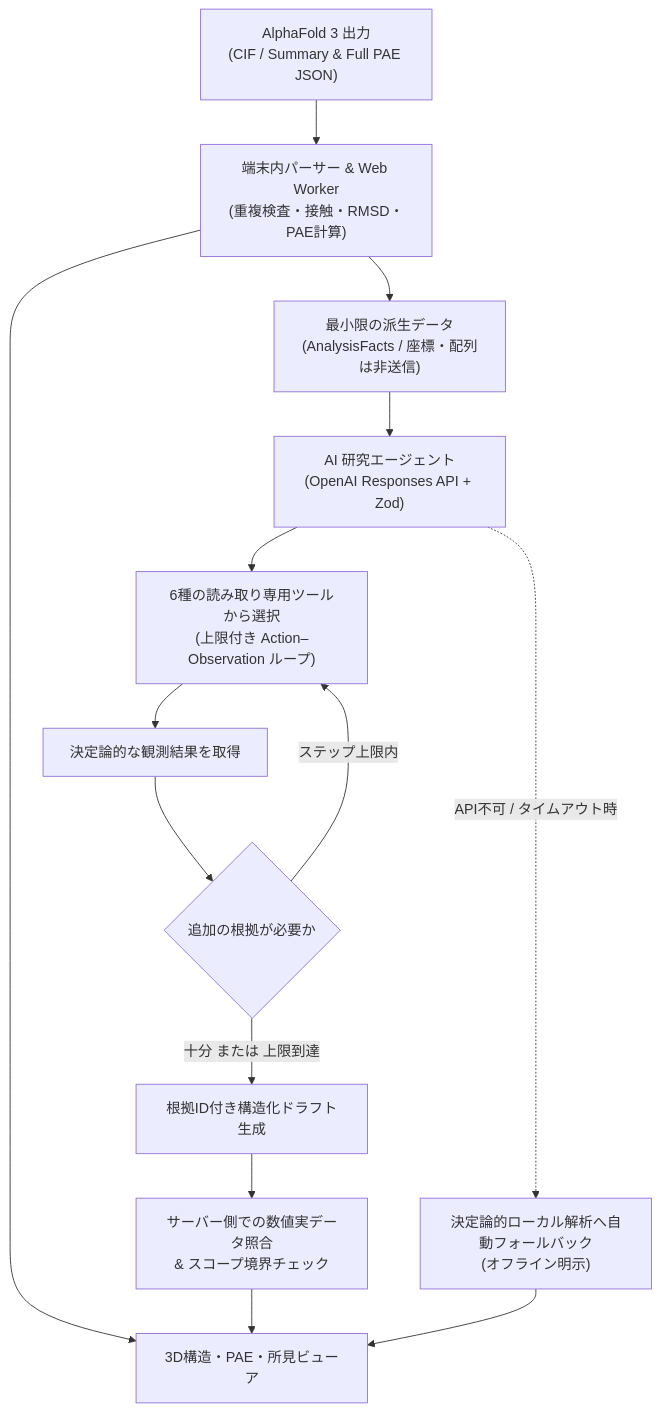
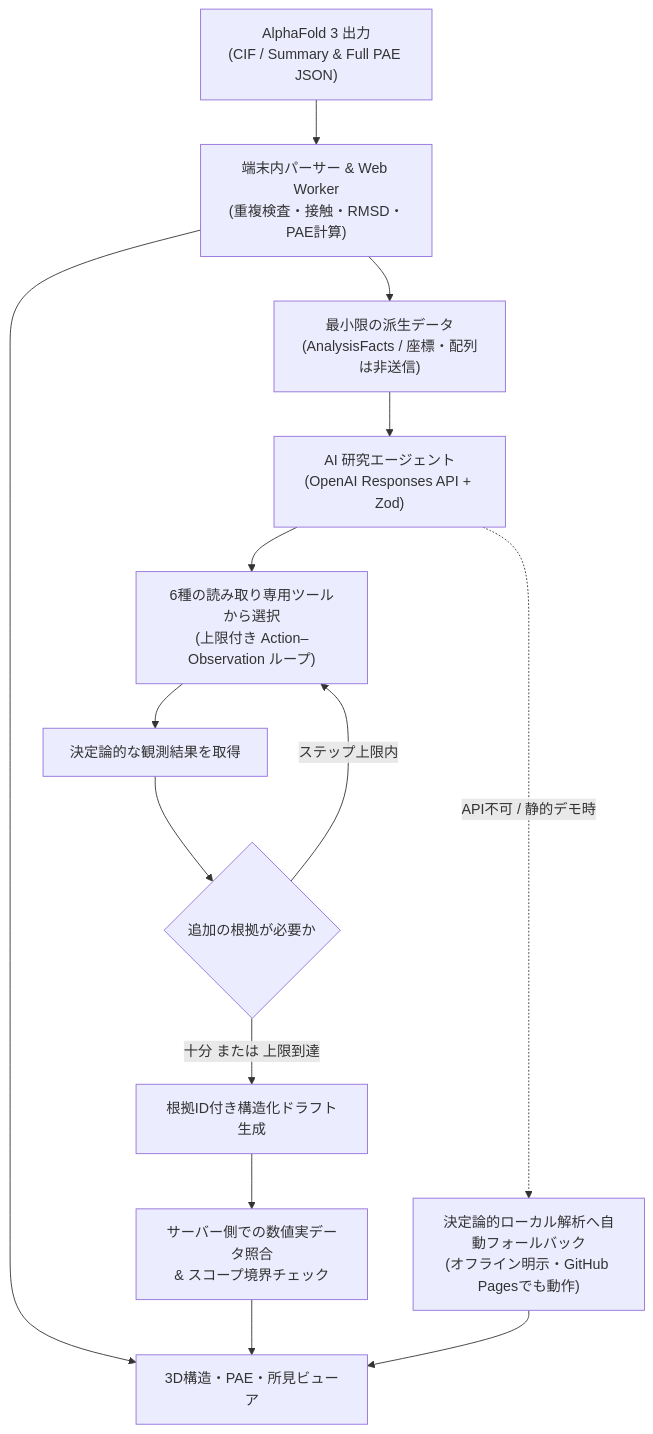
One commit to Shunsuke-max/foldlens-portfolio changed the diagram in README.md. Above: the diagram before and after it, drawn with Mermaid. The commit also changed other lines of this file and 5 other files, not shown here.

Commit message:
Add real AlphaFold 3 case studies (2 contrasting complexes) and link GitHub Pages live demo

````diff
--- a/README.md
+++ b/README.md
@@ -86,16 +120,16 @@
 ```mermaid
 flowchart TD
     A["AlphaFold 3 出力<br/>(CIF / Summary & Full PAE JSON)"] --> B["端末内パーサー & Web Worker<br/>(重複検査・接触・RMSD・PAE計算)"]
     B --> C["最小限の派生データ<br/>(AnalysisFacts / 座標・配列は非送信)"]
     B --> D["3D構造・PAE・所見ビューア"]
     C --> E["AI 研究エージェント<br/>(OpenAI Responses API + Zod)"]
     E --> F["6種の読み取り専用ツールから選択<br/>(上限付き Action–Observation ループ)"]
     F --> G["決定論的な観測結果を取得"]
     G --> H{"追加の根拠が必要か"}
     H -->|ステップ上限内| F
     H -->|十分 または 上限到達| I["根拠ID付き構造化ドラフト生成"]
     I --> J["サーバー側での数値実データ照合<br/>& スコープ境界チェック"]
     J --> D
-    E -. "API不可 / タイムアウト時" .-> K["決定論的ローカル解析へ自動フォールバック<br/>(オフライン明示)"]
+    E -. "API不可 / 静的デモ時" .-> K["決定論的ローカル解析へ自動フォールバック<br/>(オフライン明示・GitHub Pagesでも動作)"]
     K --> D
 ```
````
